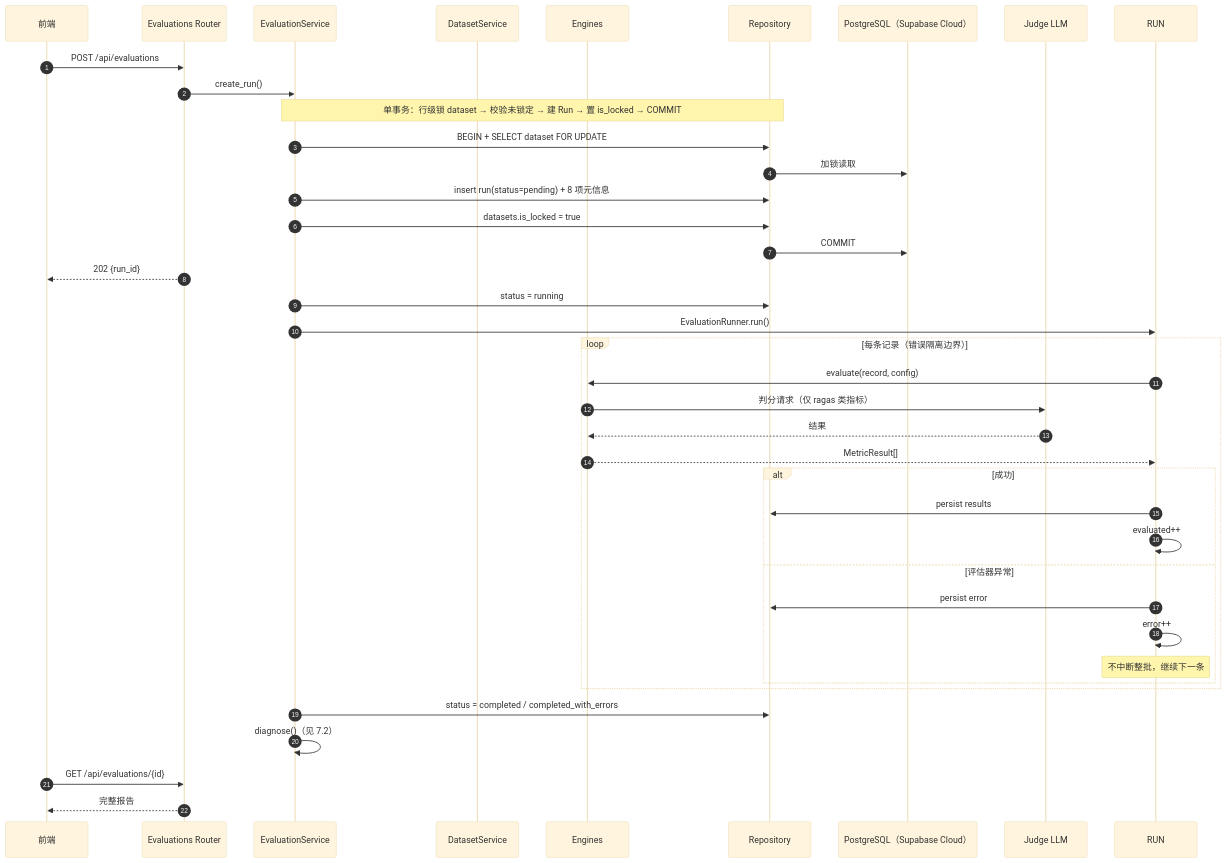
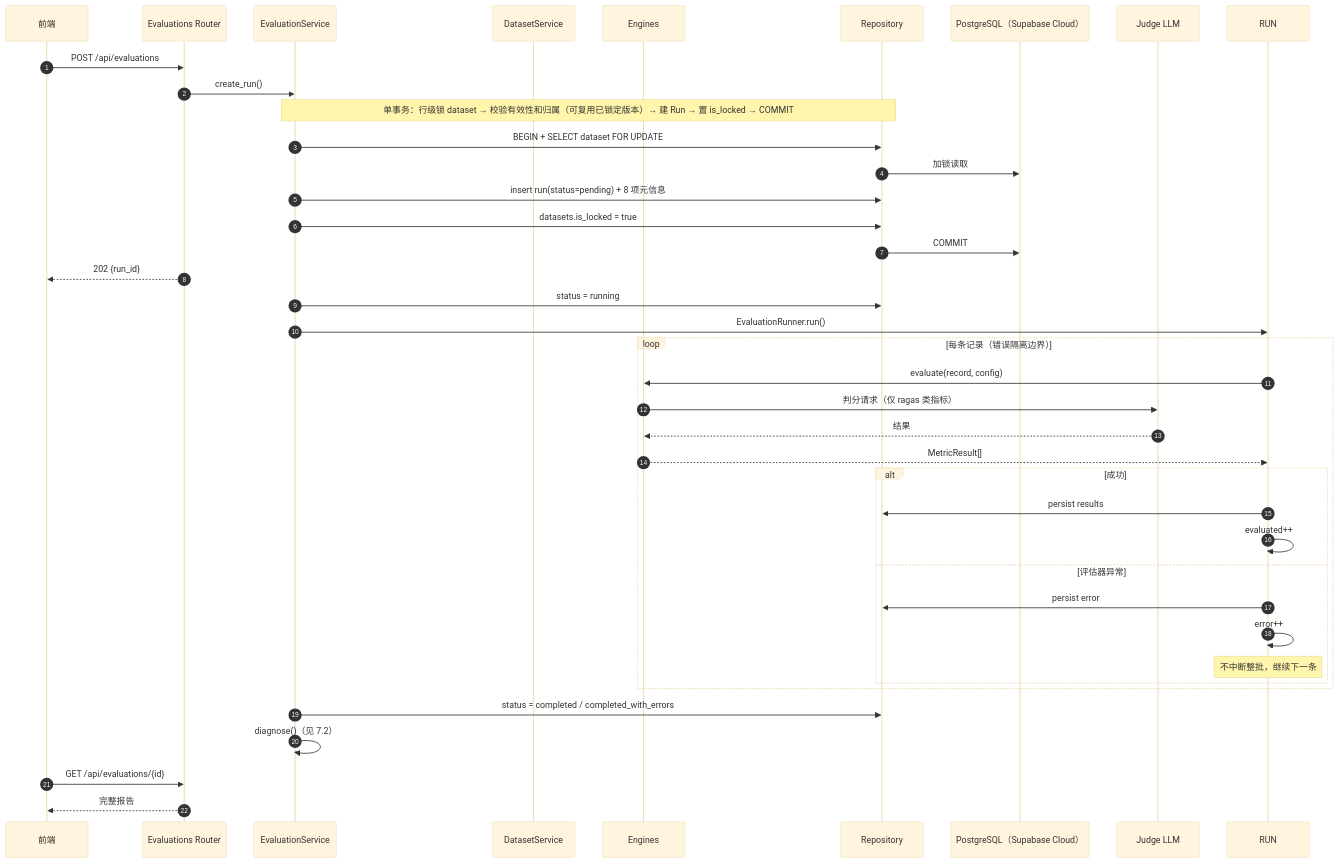
The fifth of 6 diagrams in RAGEval_Studio_Spec_v1.0.md (radomskidishawvg762-sys/RAGEavl), drawn with Mermaid (base theme) before and after one commit. The commit also changed other lines of this file and 56 other files, not shown here.

````diff
--- a/RAGEval_Studio_Spec_v1.0.md
+++ b/RAGEval_Studio_Spec_v1.0.md
@@ -1072,44 +1072,44 @@
 ```mermaid
 sequenceDiagram
   autonumber
   participant U as 前端
   participant API as Evaluations Router
   participant ES as EvaluationService
   participant DS as DatasetService
   participant ENG as Engines
   participant RP as Repository
   participant DB as PostgreSQL（Supabase Cloud）
   participant J as Judge LLM
 
   U->>API: POST /api/evaluations
   API->>ES: create_run()
-  Note over ES,RP: 单事务：行级锁 dataset → 校验未锁定 → 建 Run → 置 is_locked → COMMIT
+  Note over ES,RP: 单事务：行级锁 dataset → 校验有效性和归属（可复用已锁定版本）→ 建 Run → 置 is_locked → COMMIT
   ES->>RP: BEGIN + SELECT dataset FOR UPDATE
   RP->>DB: 加锁读取
   ES->>RP: insert run(status=pending) + 8 项元信息
   ES->>RP: datasets.is_locked = true
   RP->>DB: COMMIT
   API-->>U: 202 {run_id}
   ES->>RP: status = running
 
   ES->>RUN: EvaluationRunner.run()
   loop 每条记录（错误隔离边界）
     RUN->>ENG: evaluate(record, config)
     ENG->>J: 判分请求（仅 ragas 类指标）
     J-->>ENG: 结果
     ENG-->>RUN: MetricResult[]
     alt 成功
       RUN->>RP: persist results
       RUN->>RUN: evaluated++
     else 评估器异常
       RUN->>RP: persist error
       RUN->>RUN: error++
       Note over RUN: 不中断整批，继续下一条
     end
   end
 
   ES->>RP: status = completed / completed_with_errors
   ES->>ES: diagnose()（见 7.2）
   U->>API: GET /api/evaluations/{id}
   API-->>U: 完整报告
 ```
````
